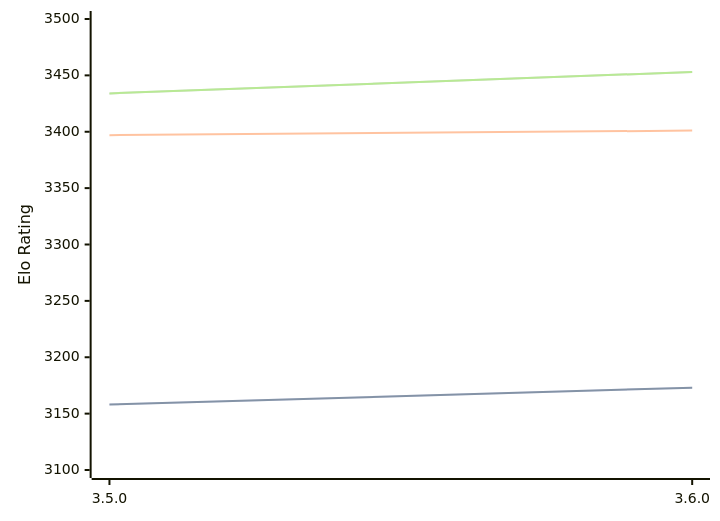
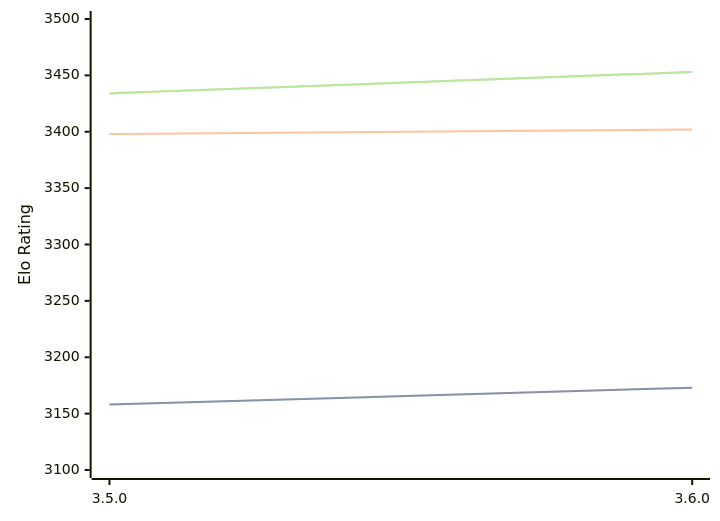
The diagram in engines/Igel.md (computer-chess-index/cci), drawn with Mermaid before and after one commit. The commit also changed other lines of this file, not shown here.

````diff
--- a/engines/Igel.md
+++ b/engines/Igel.md
@@ -32,11 +32,11 @@
 ```mermaid
 %%{init: {"theme":"base","themeVariables":{"seriesColors:['#a3a3a3','#222221','#faa371']}}}%%
 xychart-beta
   x-axis ["3.5.0", "3.6.0"]
   y-axis "Elo Rating" 3100 --> 3500
   line "STC (8.0+0.08s)" [3158, 3173]
   line "STC (8.0+0.08s)" [3158, 3173]
-  line "LTC (60.0+0.60s)" [3397, 3401]
+  line "LTC (60.0+0.60s)" [3398, 3402]
   line "VLTC (2m24s+1.12s)" [3434, 3453]
   line "VLTC (2m24s+1.12s)" [3434, 3453]
 ```
````
